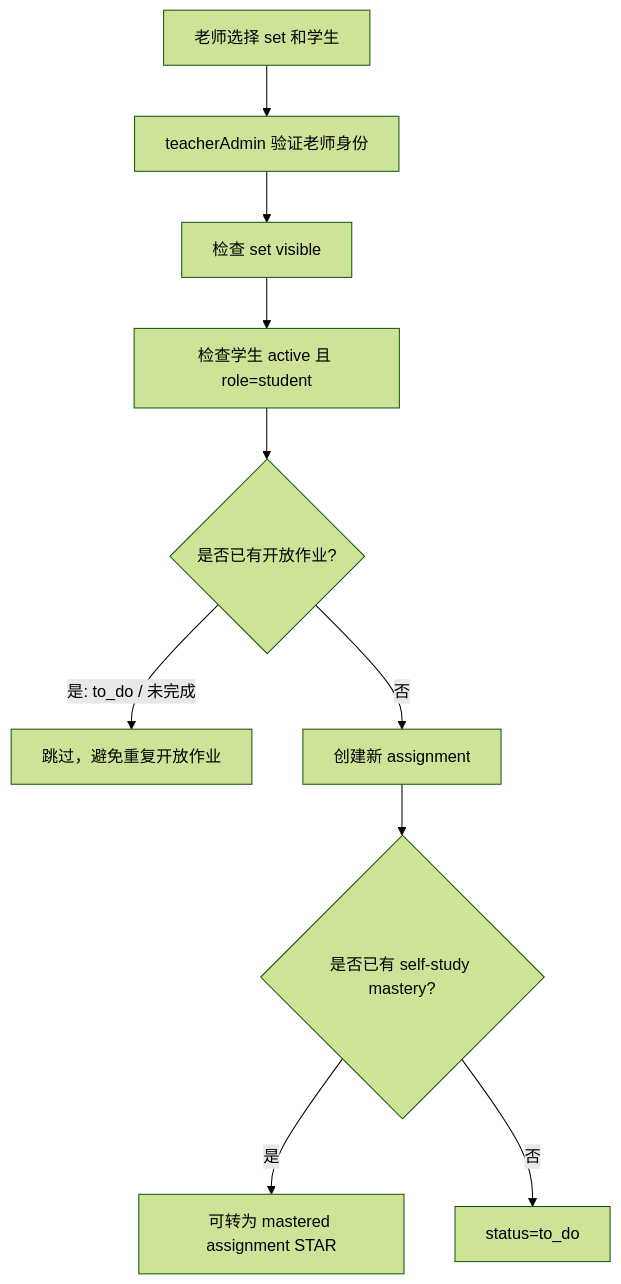
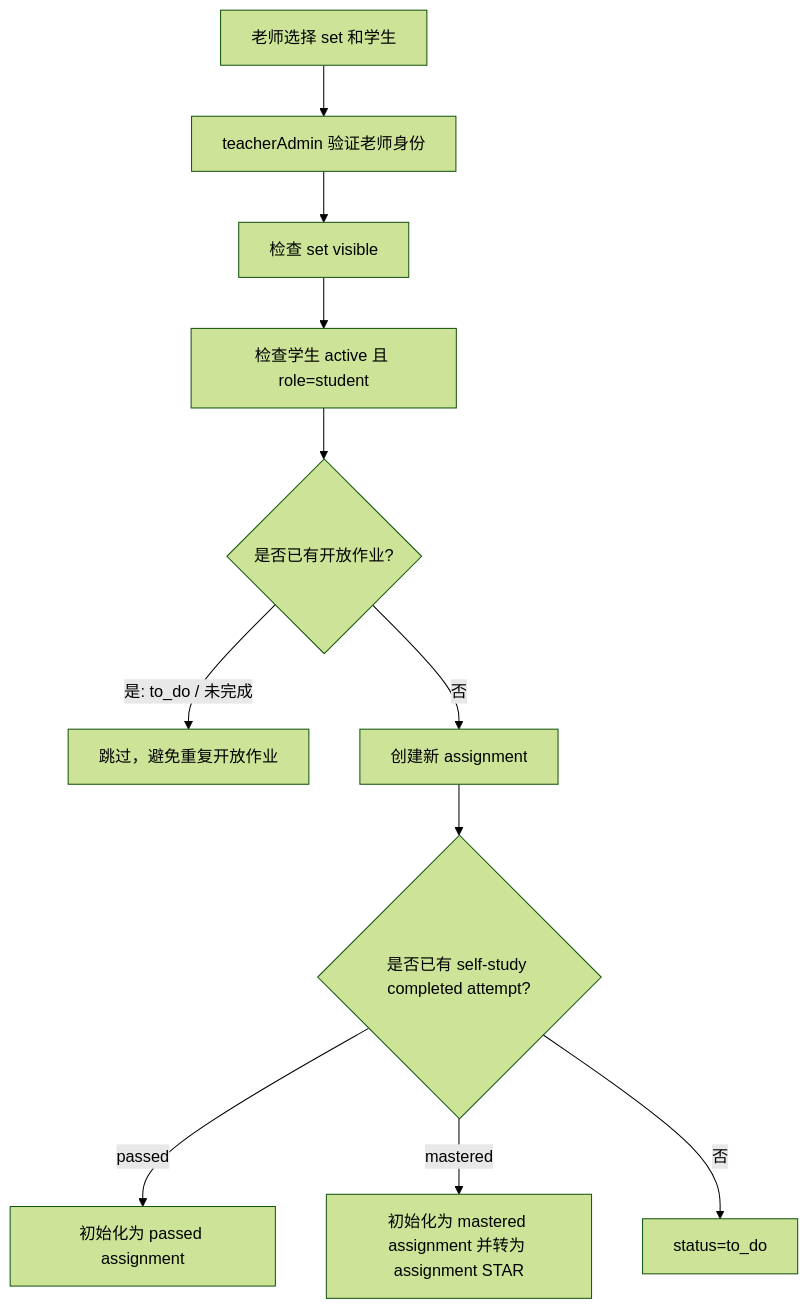
Before and after one commit to jxbleo/jxbleo.github.io: the third of 5 diagrams in docs/01_PRODUCT_REQUIREMENTS.md, drawn with Mermaid (forest theme). The commit also changed other lines of this file and 3 other files, not shown here.

Commit message:
Mark assigned sets complete from self study

````diff
--- a/docs/01_PRODUCT_REQUIREMENTS.md
+++ b/docs/01_PRODUCT_REQUIREMENTS.md
@@ -603,12 +603,13 @@
 ```mermaid
 flowchart TD
   A["老师选择 set 和学生"] --> B["teacherAdmin 验证老师身份"]
   B --> C["检查 set visible"]
   C --> D["检查学生 active 且 role=student"]
   D --> E{"是否已有开放作业?"}
   E -->|是: to_do / 未完成| F["跳过，避免重复开放作业"]
   E -->|否| G["创建新 assignment"]
-  G --> H{"是否已有 self-study mastery?"}
-  H -->|是| I["可转为 mastered assignment STAR"]
+  G --> H{"是否已有 self-study completed attempt?"}
+  H -->|passed| I["初始化为 passed assignment"]
+  H -->|mastered| K["初始化为 mastered assignment 并转为 assignment STAR"]
   H -->|否| J["status=to_do"]
 ```
````
